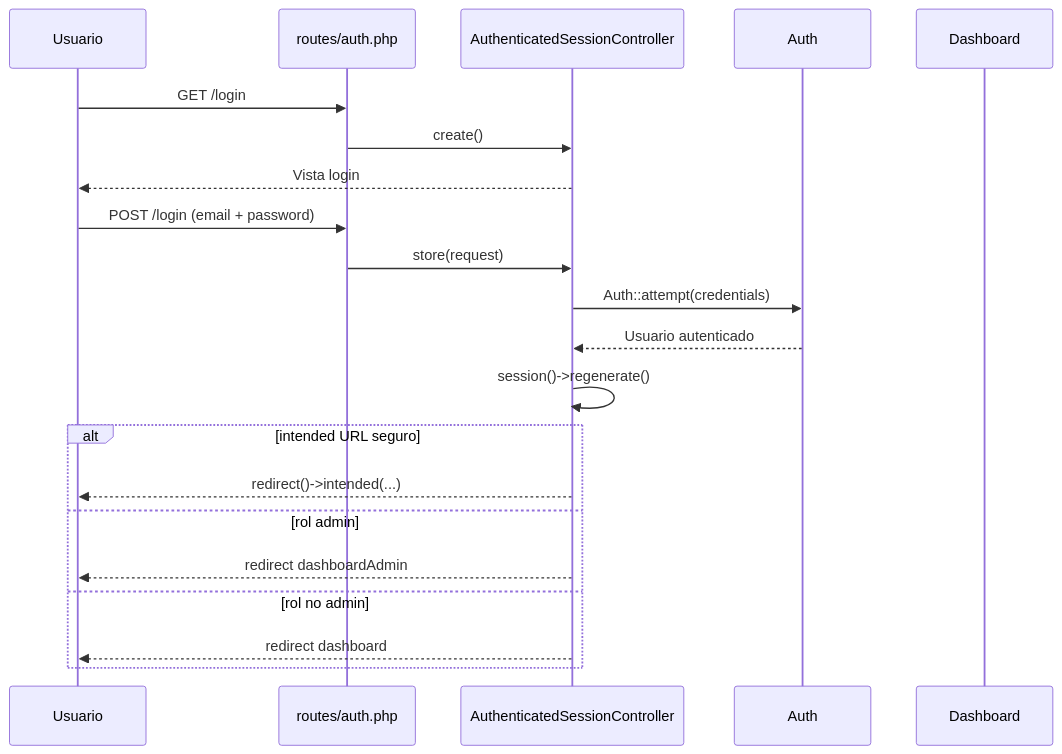
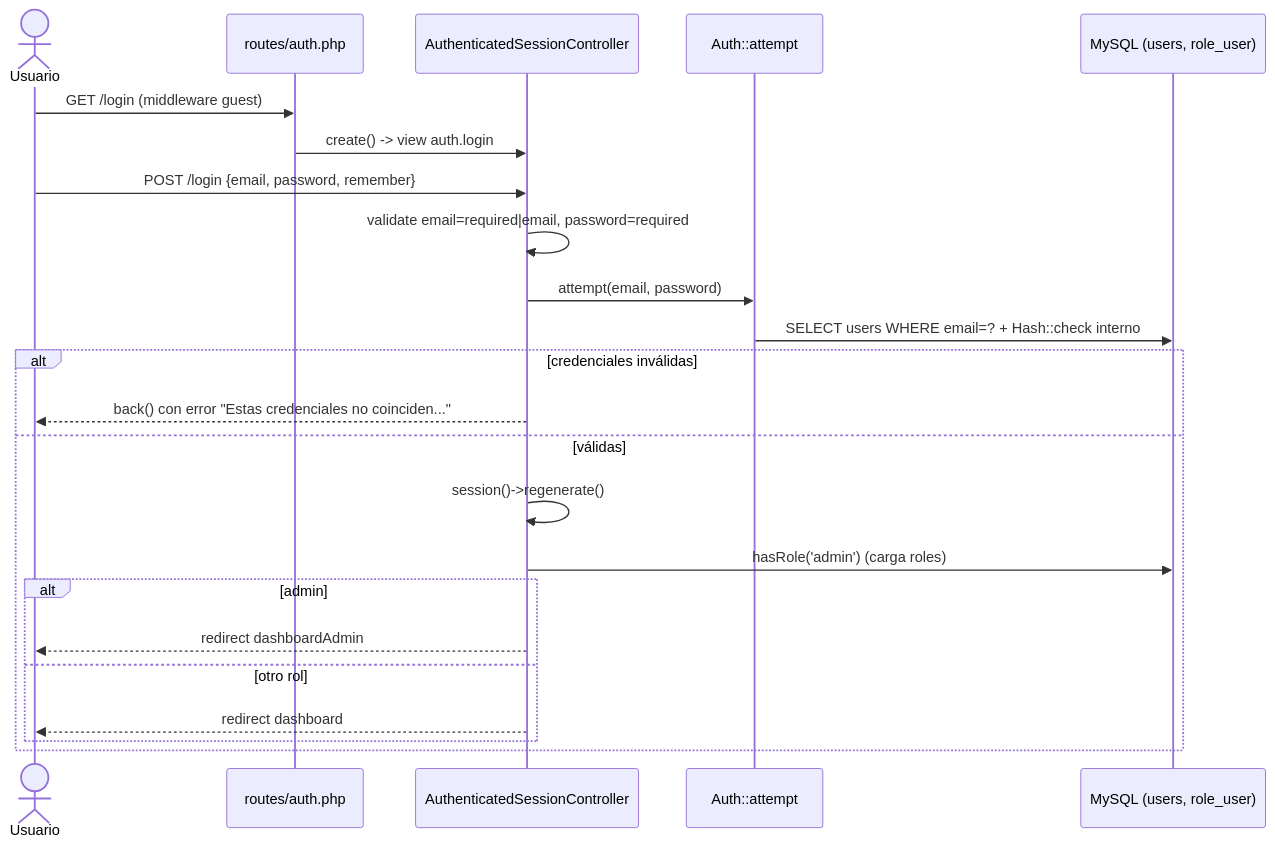
Before and after one commit to carlos112233/Capital_Gestor: the first of 5 diagrams in docs/onboarding/03-flujos-negocio.md, drawn with Mermaid. The commit also changed other lines of this file and 8 other files, not shown here.

````diff
--- a/docs/onboarding/03-flujos-negocio.md
+++ b/docs/onboarding/03-flujos-negocio.md
@@ -5,24 +11,25 @@
 ```mermaid
 sequenceDiagram
-    participant U as Usuario
+    actor U as Usuario
     participant R as routes/auth.php
     participant C as AuthenticatedSessionController
-    participant A as Auth
-    participant D as Dashboard
-
-    U->>R: GET /login
-    R->>C: create()
-    C-->>U: Vista login
-    U->>R: POST /login (email + password)
-    R->>C: store(request)
-    C->>A: Auth::attempt(credentials)
-    A-->>C: Usuario autenticado
-    C->>C: session()->regenerate()
-    alt intended URL seguro
-      C-->>U: redirect()->intended(...)
-    else rol admin
-      C-->>U: redirect dashboardAdmin
-    else rol no admin
-      C-->>U: redirect dashboard
+    participant A as Auth::attempt
+    participant DB as MySQL (users, role_user)
+    U->>R: GET /login (middleware guest)
+    R->>C: create() -> view auth.login
+    U->>C: POST /login {email, password, remember}
+    C->>C: validate email=required|email, password=required
+    C->>A: attempt(email, password)
+    A->>DB: SELECT users WHERE email=?  + Hash::check interno
+    alt credenciales inválidas
+        C-->>U: back() con error "Estas credenciales no coinciden..."
+    else válidas
+        C->>C: session()->regenerate()
+        C->>DB: hasRole('admin') (carga roles)
+        alt admin
+            C-->>U: redirect dashboardAdmin
+        else otro rol
+            C-->>U: redirect dashboard
+        end
     end
 ```
````
